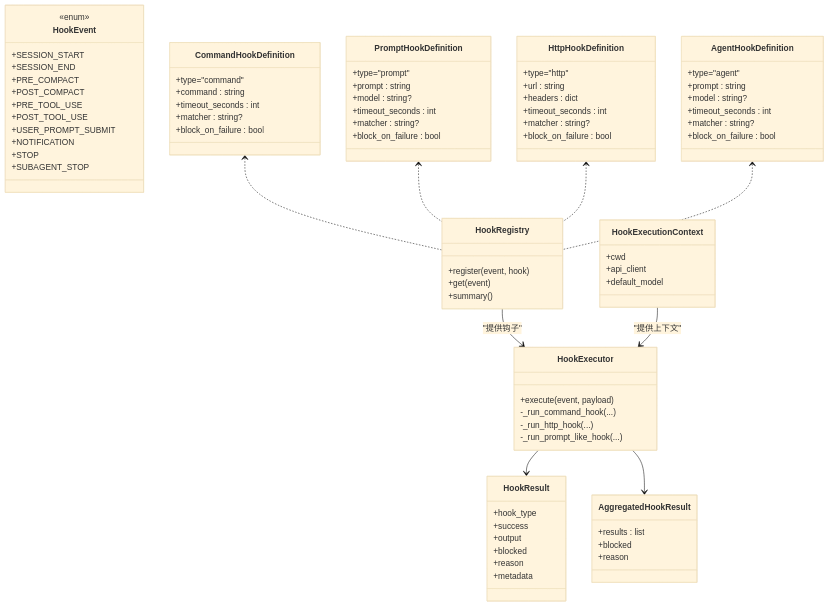
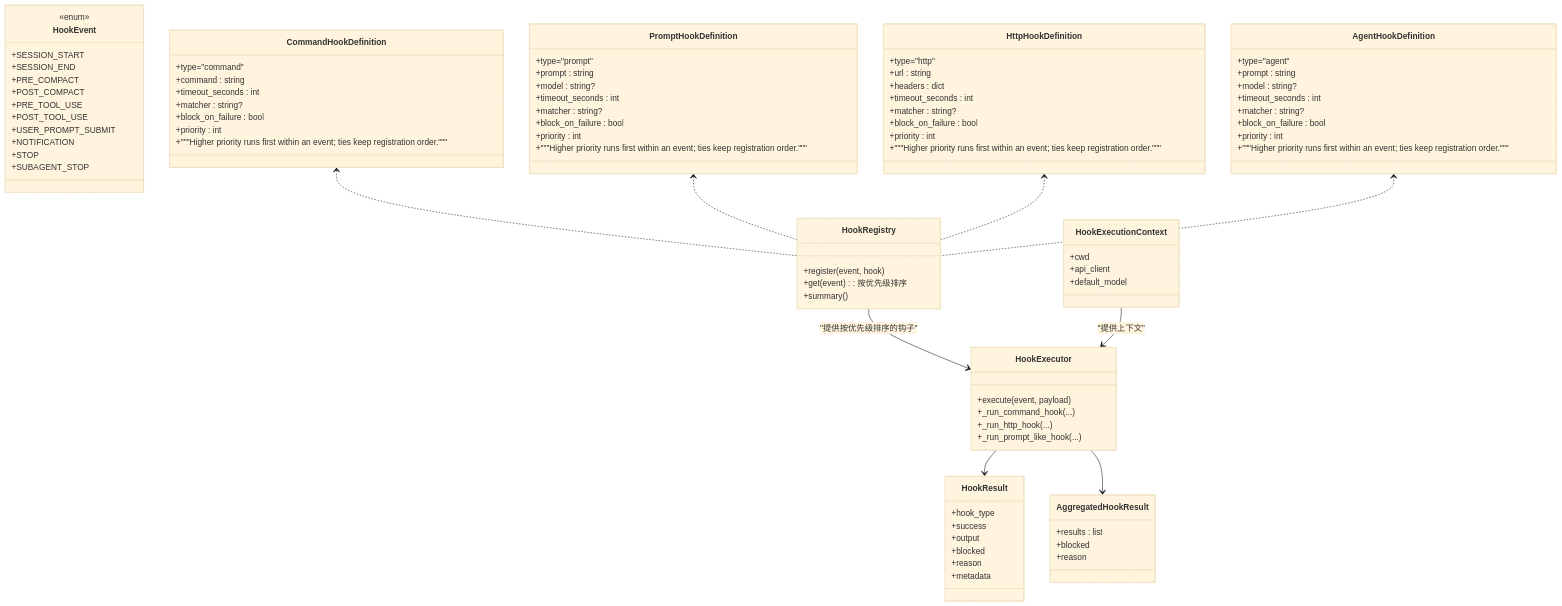
The third of 5 diagrams in .qoder/repowiki/zh/content/插件生态系统/插件类型详解/钩子插件.md (haolange/OpenHarness), drawn with Mermaid (base theme) before and after one commit. The commit also changed other lines of this file and 5 other files, not shown here.

```diff
--- a/.qoder/repowiki/zh/content/插件生态系统/插件类型详解/钩子插件.md
+++ b/.qoder/repowiki/zh/content/插件生态系统/插件类型详解/钩子插件.md
@@ -243,6 +283,8 @@
 +timeout_seconds : int
 +matcher : string?
 +block_on_failure : bool
++priority : int
++"""Higher priority runs first within an event; ties keep registration order."""
 }
 class PromptHookDefinition {
 +type="prompt"
@@ -251,6 +293,8 @@
 +timeout_seconds : int
 +matcher : string?
 +block_on_failure : bool
++priority : int
++"""Higher priority runs first within an event; ties keep registration order."""
 }
 class HttpHookDefinition {
 +type="http"
@@ -259,6 +303,8 @@
 +timeout_seconds : int
 +matcher : string?
 +block_on_failure : bool
++priority : int
++"""Higher priority runs first within an event; ties keep registration order."""
 }
 class AgentHookDefinition {
 +type="agent"
@@ -267,10 +313,12 @@
 +timeout_seconds : int
 +matcher : string?
 +block_on_failure : bool
++priority : int
++"""Higher priority runs first within an event; ties keep registration order."""
 }
 class HookRegistry {
 +register(event, hook)
-+get(event)
++get(event) : 按优先级排序
 +summary()
 }
 class HookExecutionContext {
@@ -280,9 +328,9 @@
 }
 class HookExecutor {
 +execute(event, payload)
--_run_command_hook(...)
--_run_http_hook(...)
--_run_prompt_like_hook(...)
++_run_command_hook(...)
++_run_http_hook(...)
++_run_prompt_like_hook(...)
 }
 class HookResult {
 +hook_type
@@ -301,7 +349,7 @@
 PromptHookDefinition <.. HookRegistry
 HttpHookDefinition <.. HookRegistry
 AgentHookDefinition <.. HookRegistry
-HookRegistry --> HookExecutor : "提供钩子"
+HookRegistry --> HookExecutor : "提供按优先级排序的钩子"
 HookExecutionContext --> HookExecutor : "提供上下文"
 HookExecutor --> HookResult
 HookExecutor --> AggregatedHookResult
```
